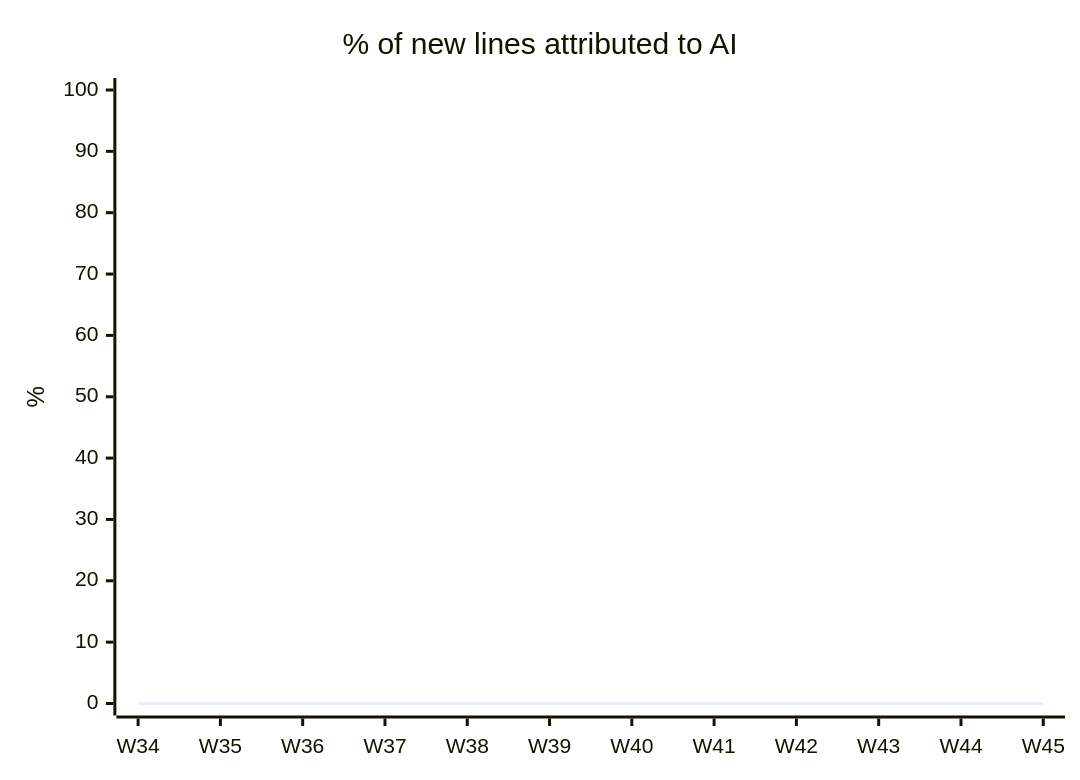
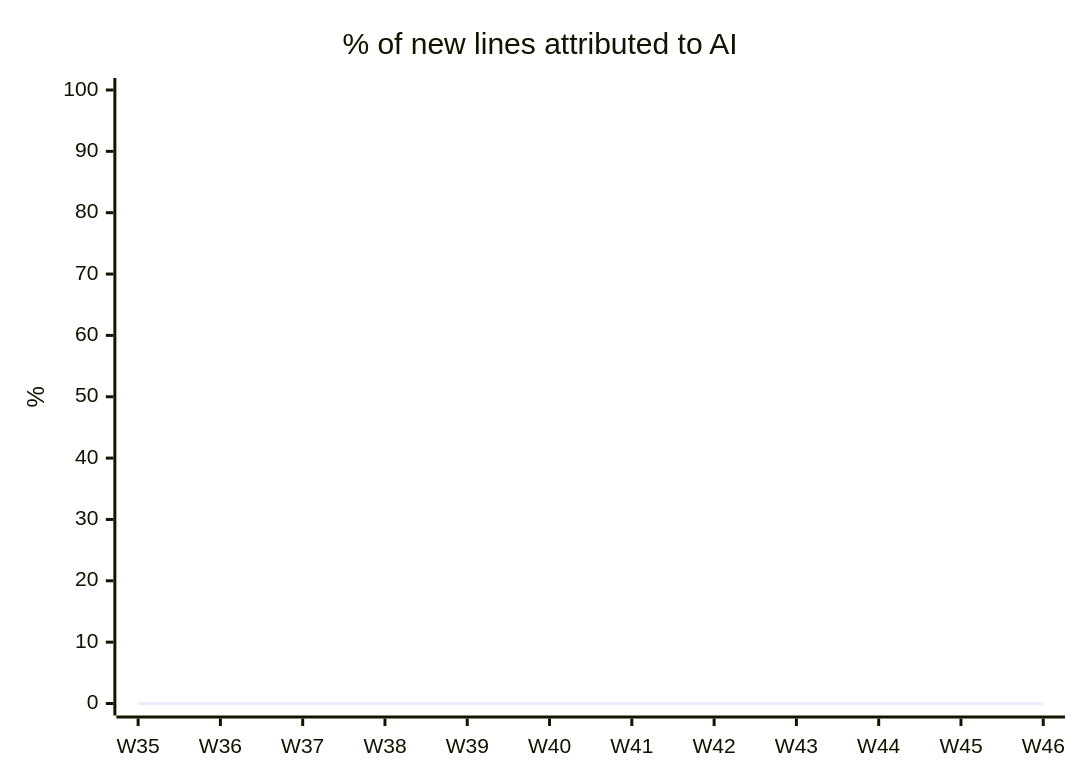
Before and after one commit to fromwaydowntown/ai-use: the diagram in docs/AI_USAGE.md, drawn with Mermaid. The commit also changed other lines of this file, not shown here.

````diff
--- a/docs/AI_USAGE.md
+++ b/docs/AI_USAGE.md
@@ -17,7 +17,7 @@
 ```mermaid
 xychart-beta
     title "% of new lines attributed to AI"
-    x-axis ["W34", "W35", "W36", "W37", "W38", "W39", "W40", "W41", "W42", "W43", "W44", "W45"]
+    x-axis ["W35", "W36", "W37", "W38", "W39", "W40", "W41", "W42", "W43", "W44", "W45", "W46"]
     y-axis "%" 0 --> 100
     line [0, 0, 0, 0, 0, 0, 0, 0, 0, 0, 0, 0]
 ```
````
